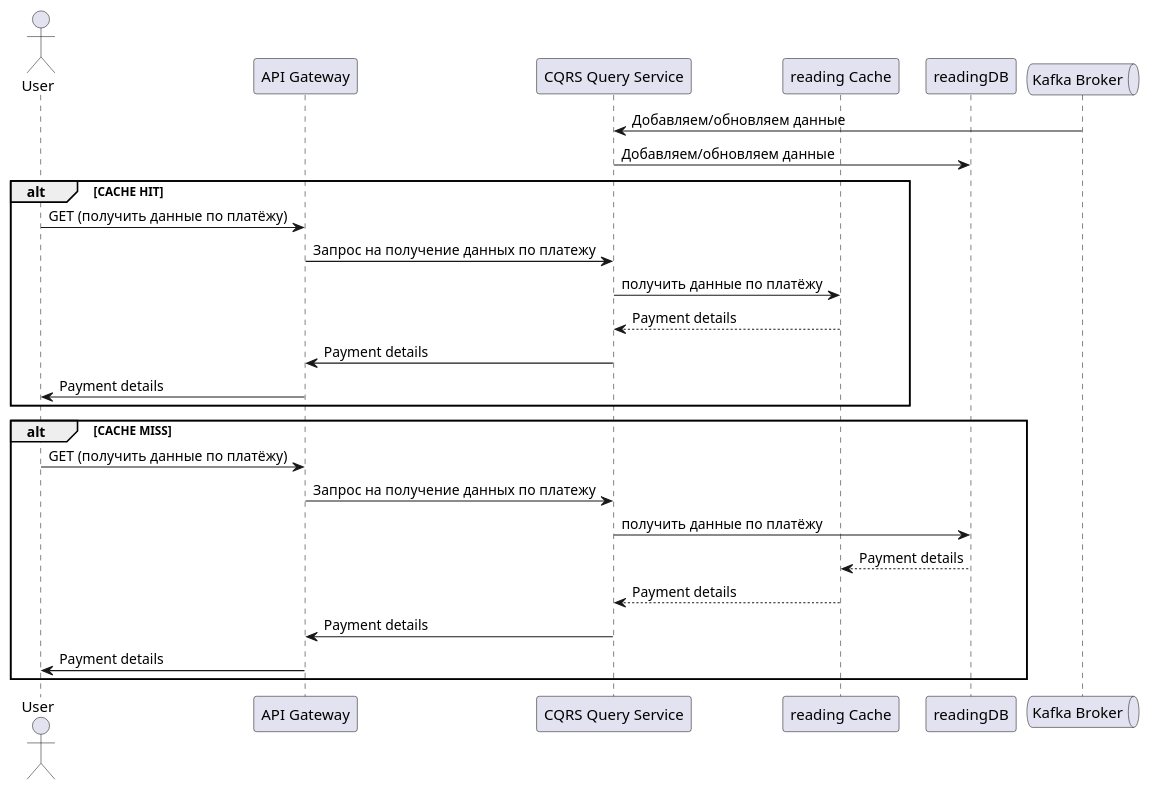
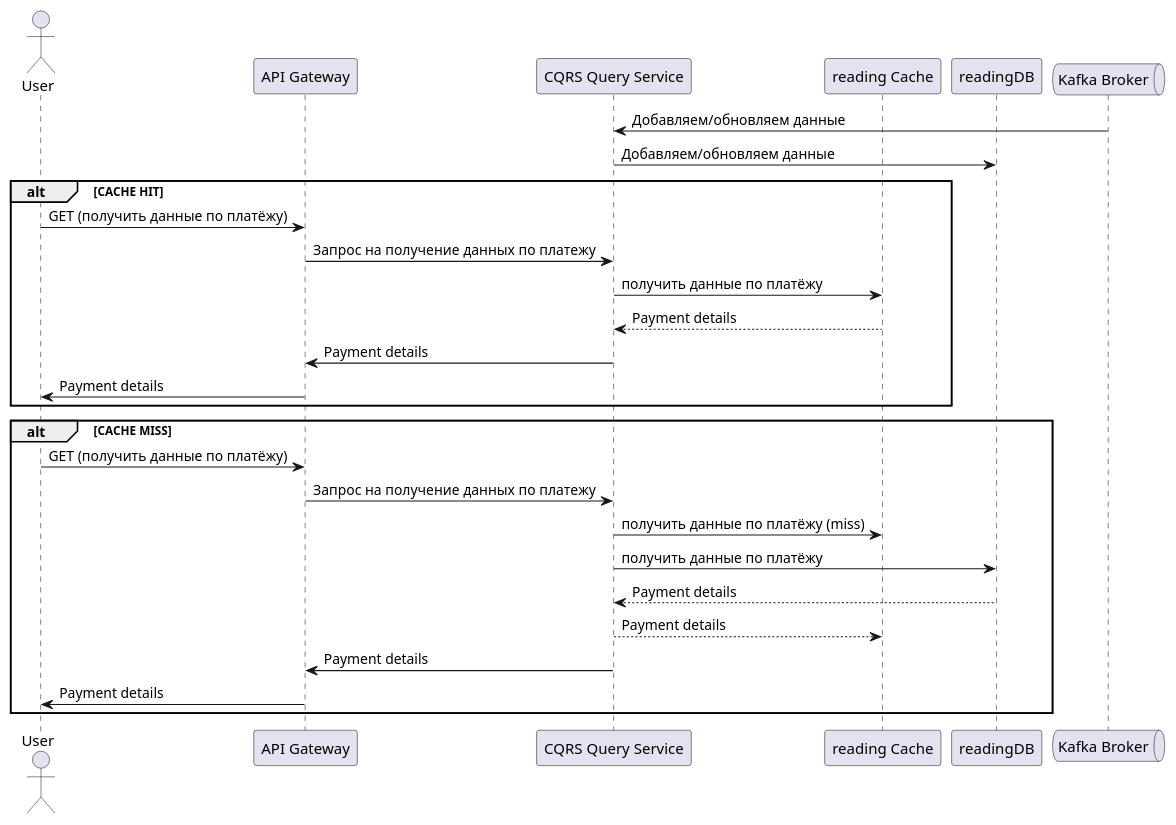
One commit to evg-akulov/sdia changed the diagram in sequence/sequence_cache.puml. Above: the diagram before and after it, drawn with PlantUML. The commit also changed 5 other files, not shown here.

```diff
--- a/sequence/sequence_cache.puml
+++ b/sequence/sequence_cache.puml
@@ -1,35 +1,36 @@
 @startuml
 
 actor User
 
 participant "API Gateway" as APIGW
 participant "CQRS Query Service" as Query
 participant "reading Cache" as QueryRedis
 participant "readingDB" as QueryDb
 queue "Kafka Broker" as Kafka
 
 Kafka -> Query: Добавляем/обновляем данные
 Query -> QueryDb: Добавляем/обновляем данные
 
 alt CACHE HIT
 User -> APIGW: GET (получить данные по платёжу)
 APIGW -> Query: Запрос на получение данных по платежу
 
 Query -> QueryRedis: получить данные по платёжу
 QueryRedis --> Query: Payment details
 Query -> APIGW: Payment details
 APIGW -> User: Payment details
 end
 
 alt CACHE MISS
 User -> APIGW: GET (получить данные по платёжу)
 APIGW -> Query: Запрос на получение данных по платежу
 
+Query -> QueryRedis: получить данные по платёжу (miss)
 Query -> QueryDb: получить данные по платёжу
-QueryDb --> QueryRedis: Payment details
-QueryRedis --> Query: Payment details
+QueryDb --> Query: Payment details
+Query --> QueryRedis: Payment details
 Query -> APIGW: Payment details
 APIGW -> User: Payment details
 end
 
 @enduml
```
